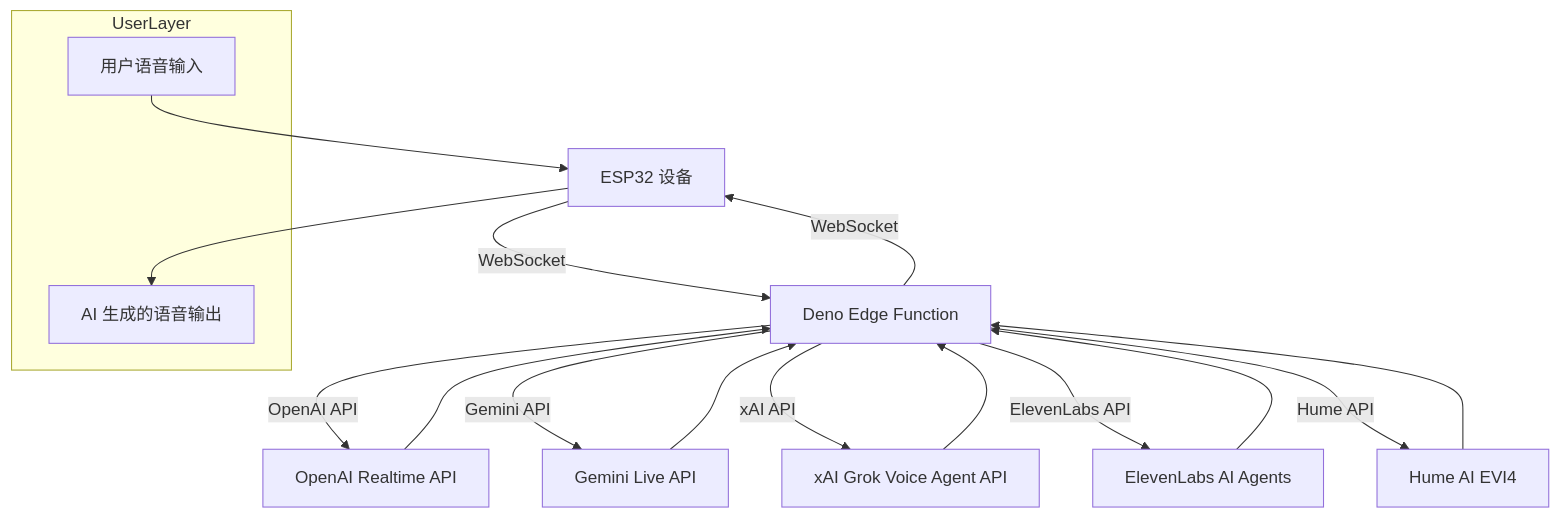
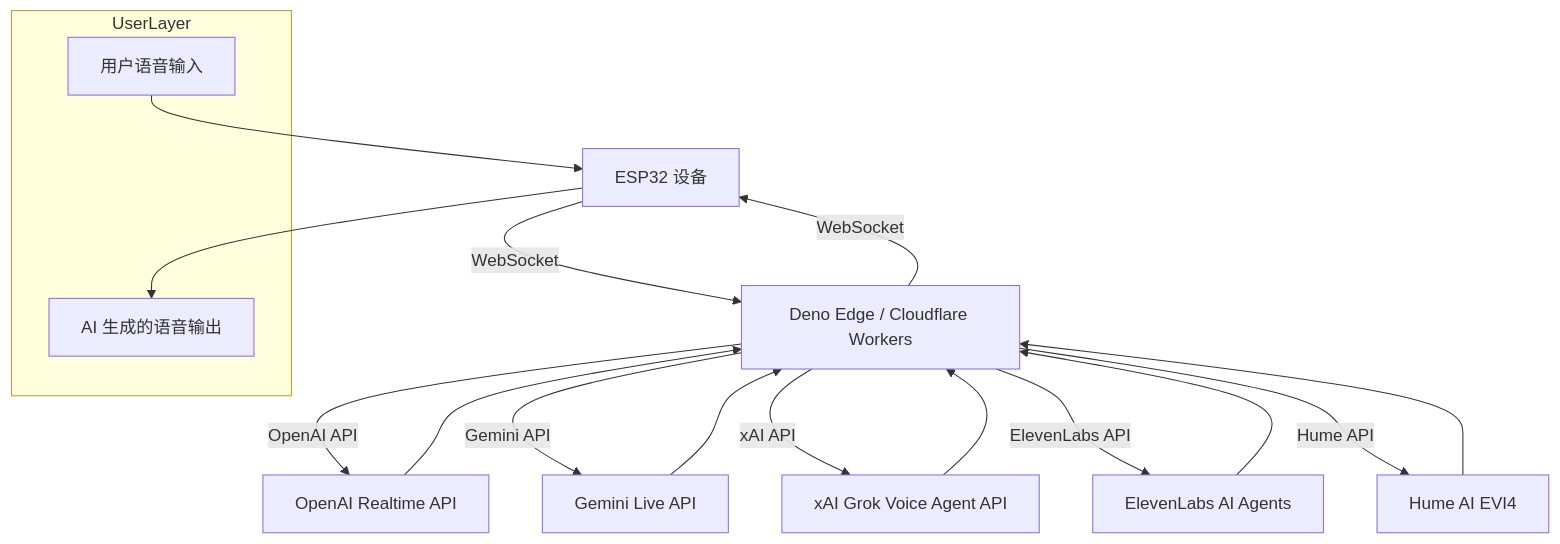
One commit to akdeb/ElatoAI changed the first of 2 diagrams in README.zh.md. Above: the diagram before and after it, drawn with Mermaid. The commit also changed other lines of this file and 1 other file, not shown here.

Commit message:
test cloudflare readme

````diff
--- a/README.zh.md
+++ b/README.zh.md
@@ -110,22 +122,22 @@
 ```mermaid
 flowchart TD
   subgraph UserLayer
     UserInput[用户语音输入]
     UserOutput[AI 生成的语音输出]
   end
   
   UserInput --> ESP32
-  ESP32[ESP32 设备] -->|WebSocket| Edge[Deno Edge Function]
+  ESP32[ESP32 设备] -->|WebSocket| Edge[Deno Edge / Cloudflare Workers]
   Edge -->|OpenAI API| OpenAI[OpenAI Realtime API]
   Edge -->|Gemini API| Gemini[Gemini Live API]
   Edge -->|xAI API| xAI[xAI Grok Voice Agent API]
   Edge -->|ElevenLabs API| ElevenLabs[ElevenLabs AI Agents]
   Edge -->|Hume API| Hume[Hume AI EVI4]
   OpenAI --> Edge
   Gemini --> Edge
   xAI --> Edge
   ElevenLabs --> Edge
   Hume --> Edge
   Edge -->|WebSocket| ESP32
   ESP32 --> UserOutput
 ```
````
